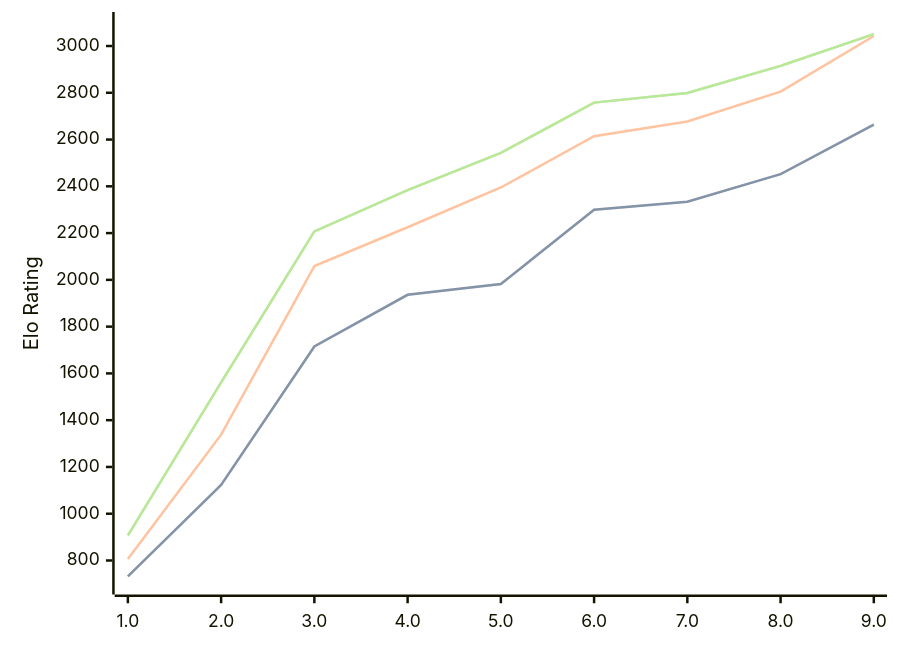
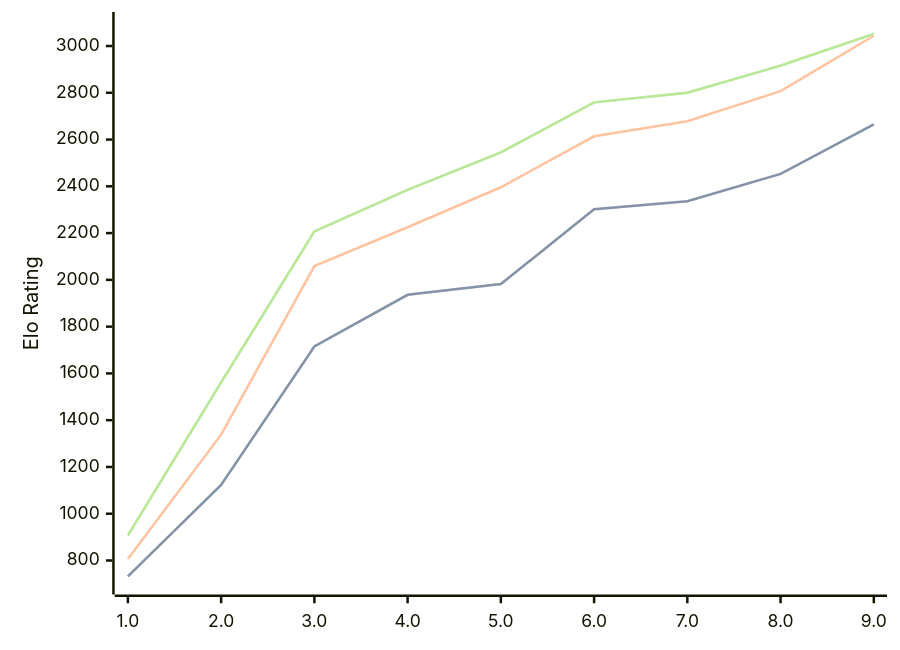
Before and after one commit to computer-chess-index/cci: the diagram in engines/Pea.md, drawn with Mermaid. The commit also changed other lines of this file, not shown here.

Commit message:
Update CCI Ratings (ELO VLTC) - 2026-06-11

````diff
--- a/engines/Pea.md
+++ b/engines/Pea.md
@@ -39,11 +39,11 @@
 ```mermaid
 %%{init: {"theme":"base","themeVariables":{"seriesColors:['#a3a3a3','#222221','#faa371']}}}%%
 xychart-beta
   x-axis ["1.0", "2.0", "3.0", "4.0", "5.0", "6.0", "7.0", "8.0", "9.0"]
   y-axis "Elo Rating" 700 --> 3100
-  line "STC (8.0+0.08s)" [732, 1123, 1715, 1936, 1982, 2300, 2334, 2452, 2664]
-  line "STC (8.0+0.08s)" [732, 1123, 1715, 1936, 1982, 2300, 2334, 2452, 2664]
-  line "LTC (60.0+0.60s)" [806, 1338, 2059, 2225, 2395, 2614, 2677, 2805, 3043]
-  line "VLTC (2m24s+1.12s)" [907, 1562, 2207, 2384, 2543, 2758, 2799, 2915, 3051]
-  line "VLTC (2m24s+1.12s)" [907, 1562, 2207, 2384, 2543, 2758, 2799, 2915, 3051]
+  line "STC (8.0+0.08s)" [732, 1123, 1715, 1936, 1982, 2302, 2336, 2453, 2665]
+  line "STC (8.0+0.08s)" [732, 1123, 1715, 1936, 1982, 2302, 2336, 2453, 2665]
+  line "LTC (60.0+0.60s)" [806, 1338, 2059, 2225, 2396, 2614, 2678, 2807, 3044]
+  line "VLTC (2m24s+1.12s)" [907, 1562, 2207, 2385, 2545, 2759, 2800, 2916, 3052]
+  line "VLTC (2m24s+1.12s)" [907, 1562, 2207, 2385, 2545, 2759, 2800, 2916, 3052]
 ```
````
